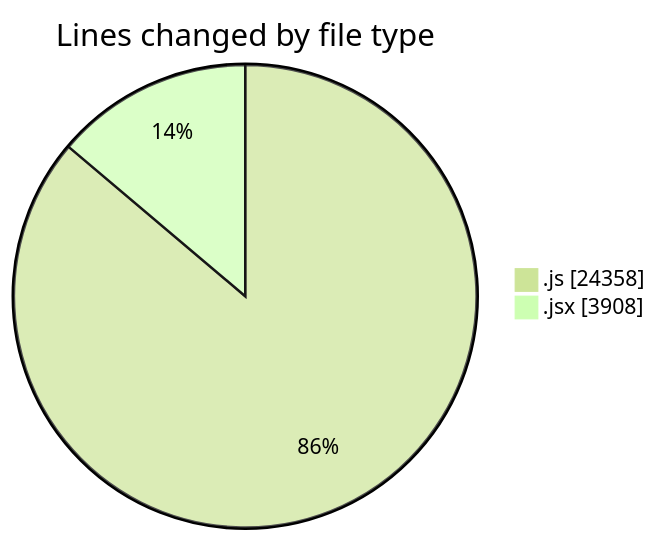
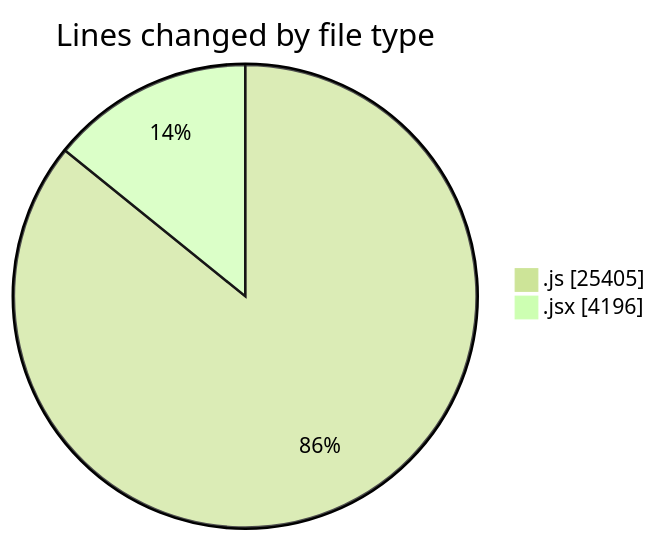
The first of 2 diagrams in 2025-09-30/nxtqube_webapp/README.md (nxtqubesakshisongat/code-tracking), drawn with Mermaid (forest theme) before and after one commit. The commit also changed other lines of this file and 1 other file, not shown here.

````diff
--- a/2025-09-30/nxtqube_webapp/README.md
+++ b/2025-09-30/nxtqube_webapp/README.md
@@ -25,6 +25,6 @@
 ```mermaid
 pie showData
 title Lines changed by file type
-".js" : 24358
-".jsx" : 3908
+".js" : 25405
+".jsx" : 4196
 ```
````
